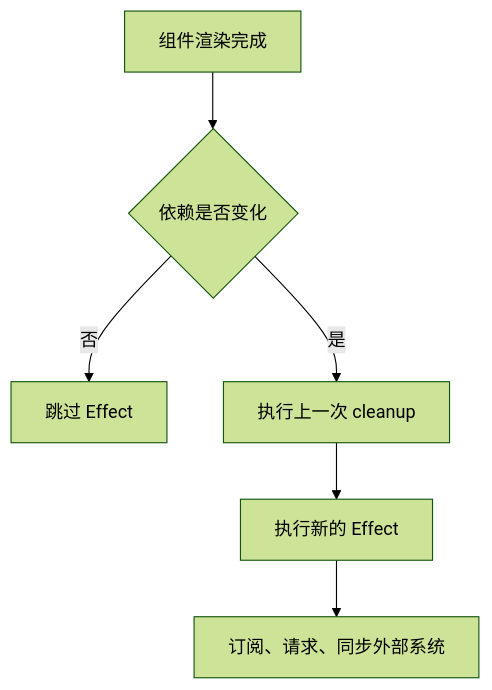
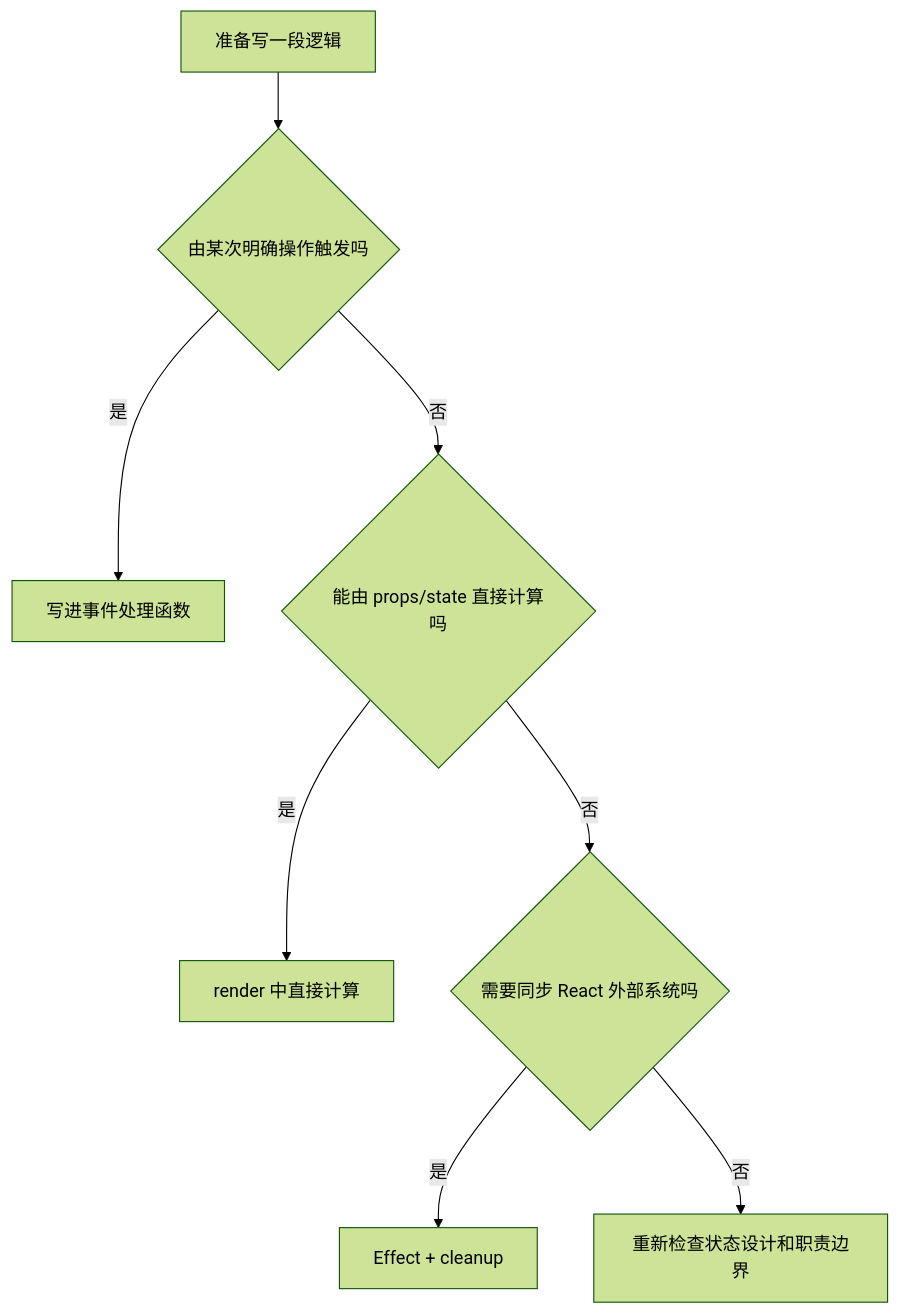
One commit to yokry-he/yok-study-web changed the ninth of 19 diagrams in docs/react/visual-guide.md. Above: the diagram before and after it, drawn with Mermaid (forest theme). The commit also changed other lines of this file and 14 other files, not shown here.

````diff
--- a/docs/react/visual-guide.md
+++ b/docs/react/visual-guide.md
@@ -85,8 +259,10 @@
 ```mermaid
 flowchart TD
-  A[组件渲染完成] --> B{依赖是否变化}
-  B -- 否 --> C[跳过 Effect]
-  B -- 是 --> D[执行上一次 cleanup]
-  D --> E[执行新的 Effect]
-  E --> F[订阅、请求、同步外部系统]
+  A["准备写一段逻辑"] --> B{"由某次明确操作触发吗"}
+  B -- "是" --> C["写进事件处理函数"]
+  B -- "否" --> D{"能由 props/state 直接计算吗"}
+  D -- "是" --> E["render 中直接计算"]
+  D -- "否" --> F{"需要同步 React 外部系统吗"}
+  F -- "是" --> G["Effect + cleanup"]
+  F -- "否" --> H["重新检查状态设计和职责边界"]
 ```
````
